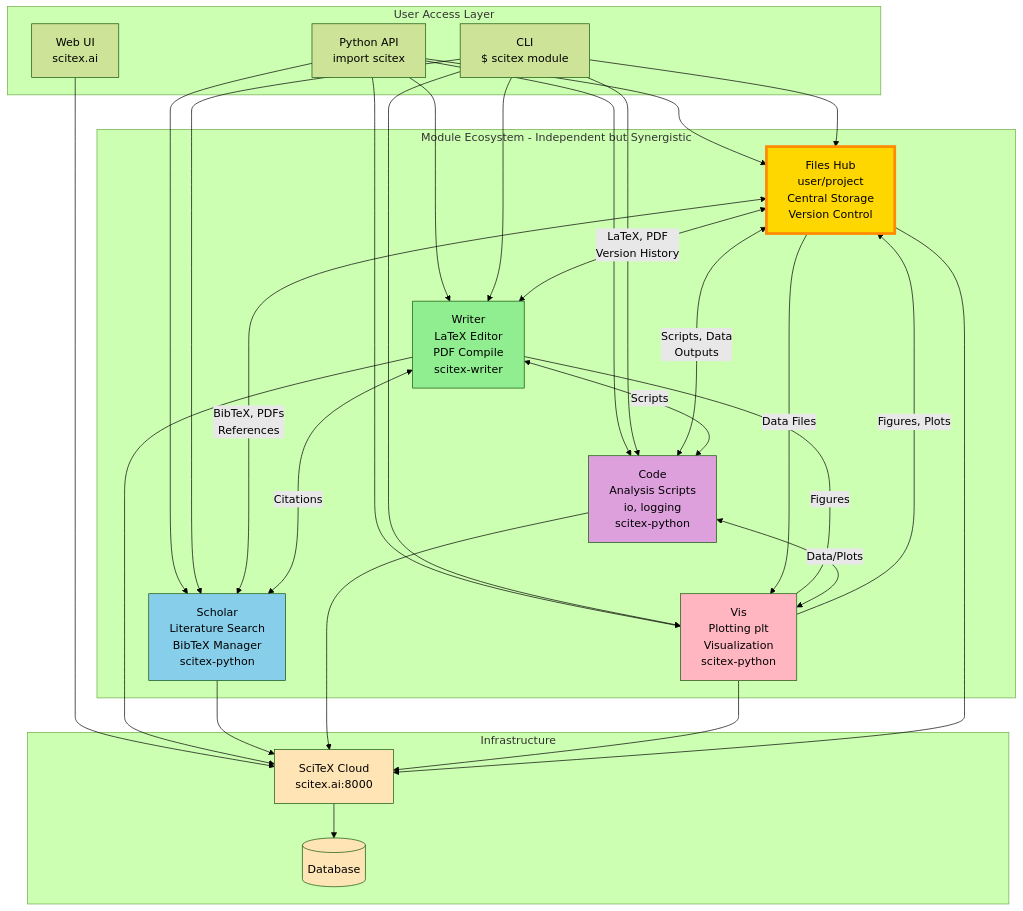
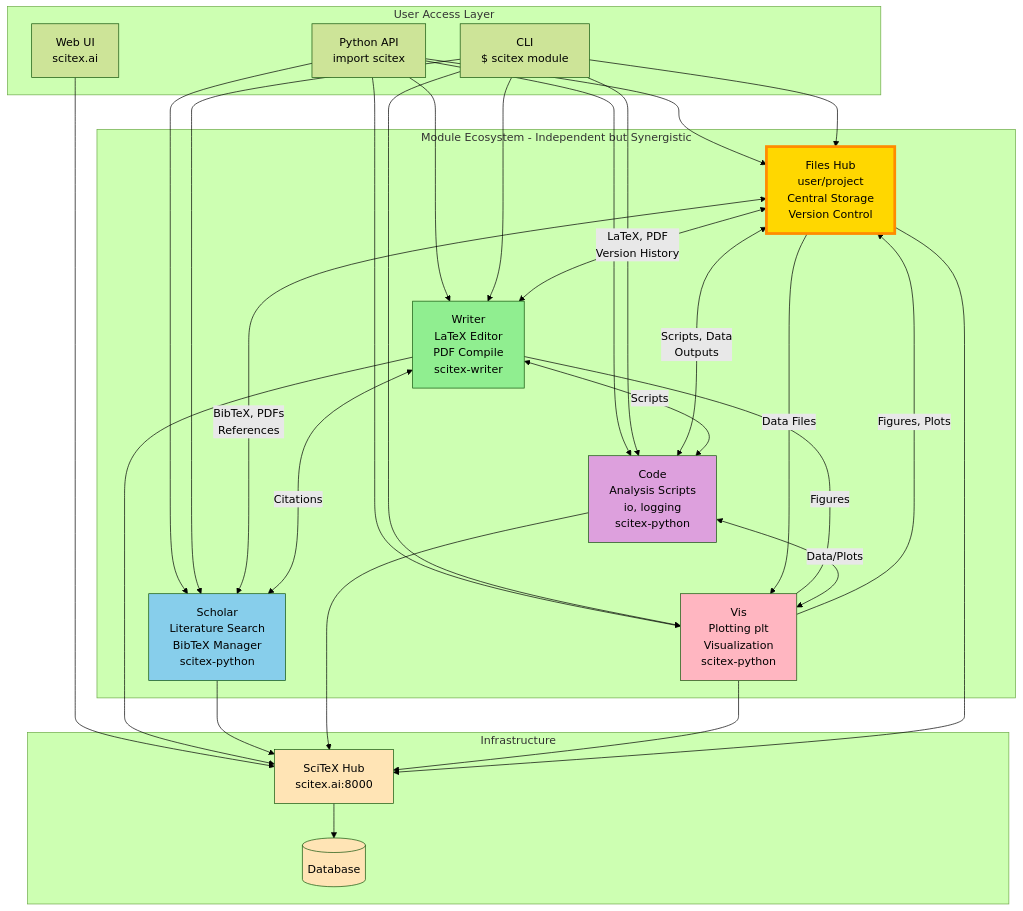
The second of 3 diagrams in docs/ARCHITECTURE.md (scitex-ai/scitex-hub), drawn with Mermaid (forest theme) before and after one commit. The commit also changed other lines of this file and 342 other files, not shown here.

First line of the commit message:
refactor(rename): SciTeX Cloud -> SciTeX Hub (display name, Step C)

````diff
--- a/docs/ARCHITECTURE.md
+++ b/docs/ARCHITECTURE.md
@@ -110,67 +110,67 @@
 ``` mermaid
 graph TB
     subgraph "User Access Layer"
         PY[Python API<br/>import scitex]
         CLI[CLI<br/>$ scitex module]
         WEB[Web UI<br/>scitex.ai]
     end
 
     subgraph "Module Ecosystem - Independent but Synergistic"
         FILES[Files Hub<br/>user/project<br/>Central Storage<br/>Version Control]
 
         WRITER[Writer<br/>LaTeX Editor<br/>PDF Compile<br/>scitex-writer]
 
         SCHOLAR[Scholar<br/>Literature Search<br/>BibTeX Manager<br/>scitex-python]
 
         CODE[Code<br/>Analysis Scripts<br/>io, logging<br/>scitex-python]
 
         VIS[Vis<br/>Plotting plt<br/>Visualization<br/>scitex-python]
     end
 
     subgraph "Infrastructure"
-        CLOUD[SciTeX Cloud<br/>scitex.ai:8000]
+        CLOUD[SciTeX Hub<br/>scitex.ai:8000]
         DB[(Database)]
     end
 
     PY --> FILES
     PY --> WRITER
     PY --> SCHOLAR
     PY --> CODE
     PY --> VIS
 
     CLI --> FILES
     CLI --> WRITER
     CLI --> SCHOLAR
     CLI --> CODE
     CLI --> VIS
 
     WEB --> CLOUD
 
     FILES <-->|LaTeX, PDF<br/>Version History| WRITER
     FILES <-->|BibTeX, PDFs<br/>References| SCHOLAR
     FILES <-->|Scripts, Data<br/>Outputs| CODE
     FILES -->|Data Files| VIS
     VIS -->|Figures, Plots| FILES
 
     WRITER <--->|Citations| SCHOLAR
     WRITER <-->|Scripts| CODE
     WRITER <---|Figures| VIS
 
     CODE <-->|Data/Plots| VIS
 
     WRITER --> CLOUD
     SCHOLAR --> CLOUD
     CODE --> CLOUD
     VIS --> CLOUD
     FILES --> CLOUD
 
     CLOUD --> DB
 
     style FILES fill:#ffd700,stroke:#ff8c00,stroke-width:4px
     style WRITER fill:#90EE90
     style SCHOLAR fill:#87CEEB
     style CODE fill:#DDA0DD
     style VIS fill:#FFB6C1
     style CLOUD fill:#FFE4B5
     style DB fill:#FFE4B5
 ```
````
